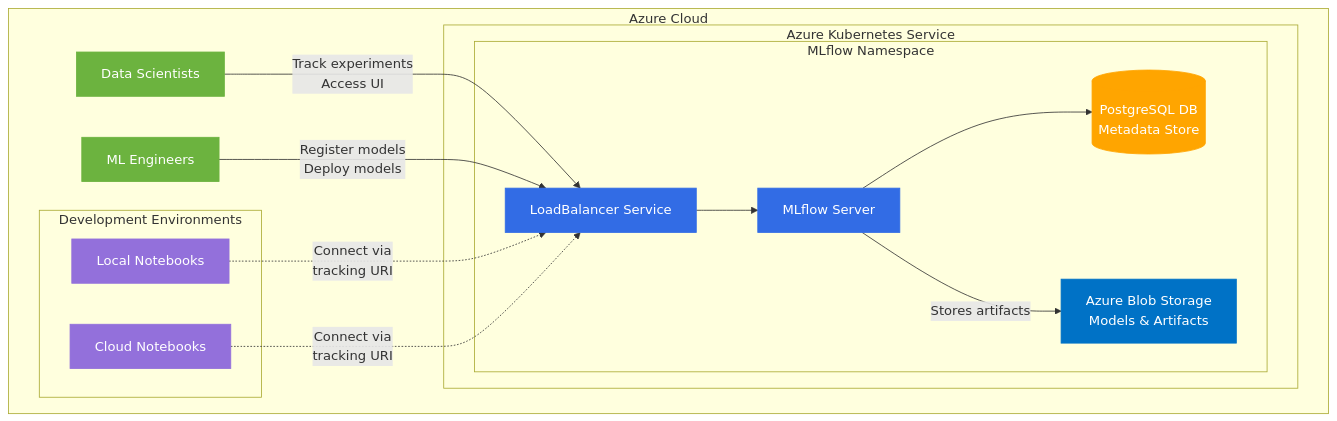
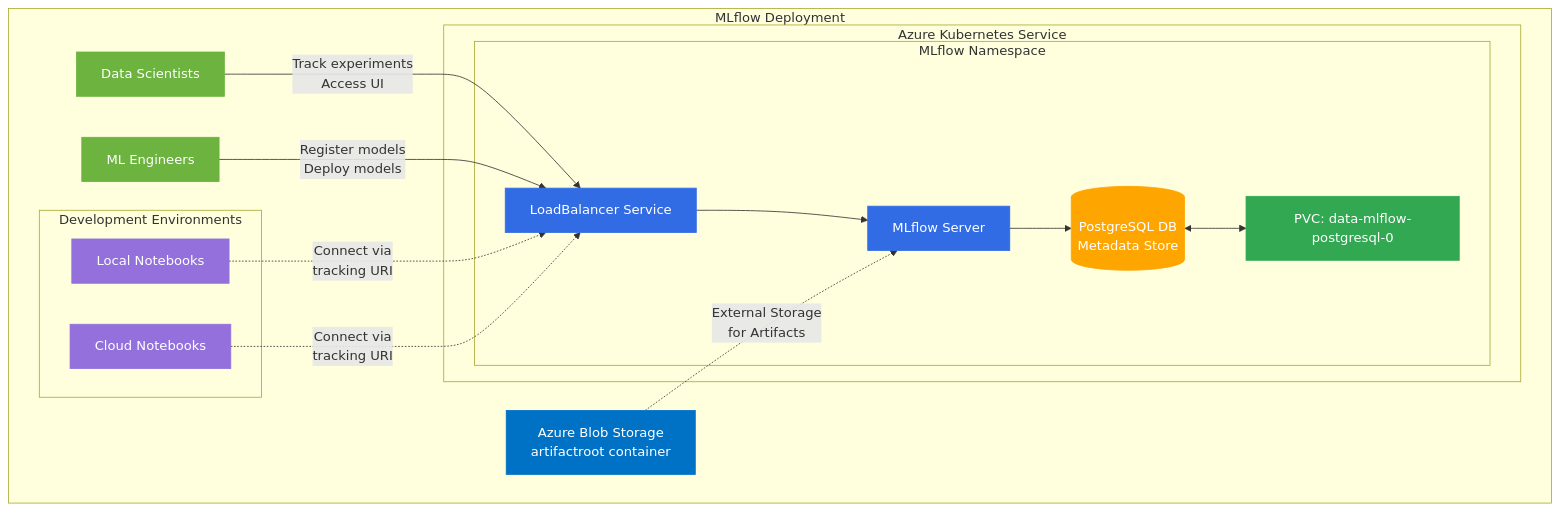
Before and after one commit to tharindu-sankalpa/mlflow-enterprise-platform: the diagram in kubernetes/README.md, drawn with Mermaid. The commit also changed other lines of this file and 2 other files, not shown here.

Commit message:
Update .gitignore to exclude notebook MLflow runs and temporary data ingestion artifacts; enhance README with detailed architecture and component descriptions for MLflow on AKS; clean up azure resource provisioning script by removing unnecessary blank line

````diff
--- a/kubernetes/README.md
+++ b/kubernetes/README.md
@@ -9,32 +9,36 @@
 ```mermaid
 graph TD
-    subgraph "Azure Cloud"
+    subgraph "MLflow Deployment"
         subgraph "Azure Kubernetes Service"
             subgraph "MLflow Namespace"
                 A[MLflow Server] --> B[(PostgreSQL DB<br>Metadata Store)]
-                A -->|Stores artifacts| C[Azure Blob Storage<br>Models & Artifacts]
+                B <--> PVC1[PVC: data-mlflow-postgresql-0]
                 D[LoadBalancer Service] --> A
             end
         end
+        
+        C[Azure Blob Storage<br>artifactroot container] -.->|External Storage<br>for Artifacts| A
         
         E[Data Scientists] -->|Track experiments<br>Access UI| D
         F[ML Engineers] -->|Register models<br>Deploy models| D
         
         subgraph "Development Environments"
             G[Local Notebooks] -.->|Connect via<br>tracking URI| D
             H[Cloud Notebooks] -.->|Connect via<br>tracking URI| D
         end
     end
 
     classDef azure fill:#0072C6,stroke:#0072C6,color:white;
     classDef k8s fill:#326CE5,stroke:#326CE5,color:white;
     classDef db fill:#FFA500,stroke:#FFA500,color:white;
+    classDef pvc fill:#32a852,stroke:#32a852,color:white;
     classDef user fill:#6CB33F,stroke:#6CB33F,color:white;
     classDef env fill:#9370DB,stroke:#9370DB,color:white;
 
     class C azure;
     class A,B,D k8s;
+    class PVC1 pvc;
     class B db;
     class E,F user;
     class G,H env;
 ```
````
